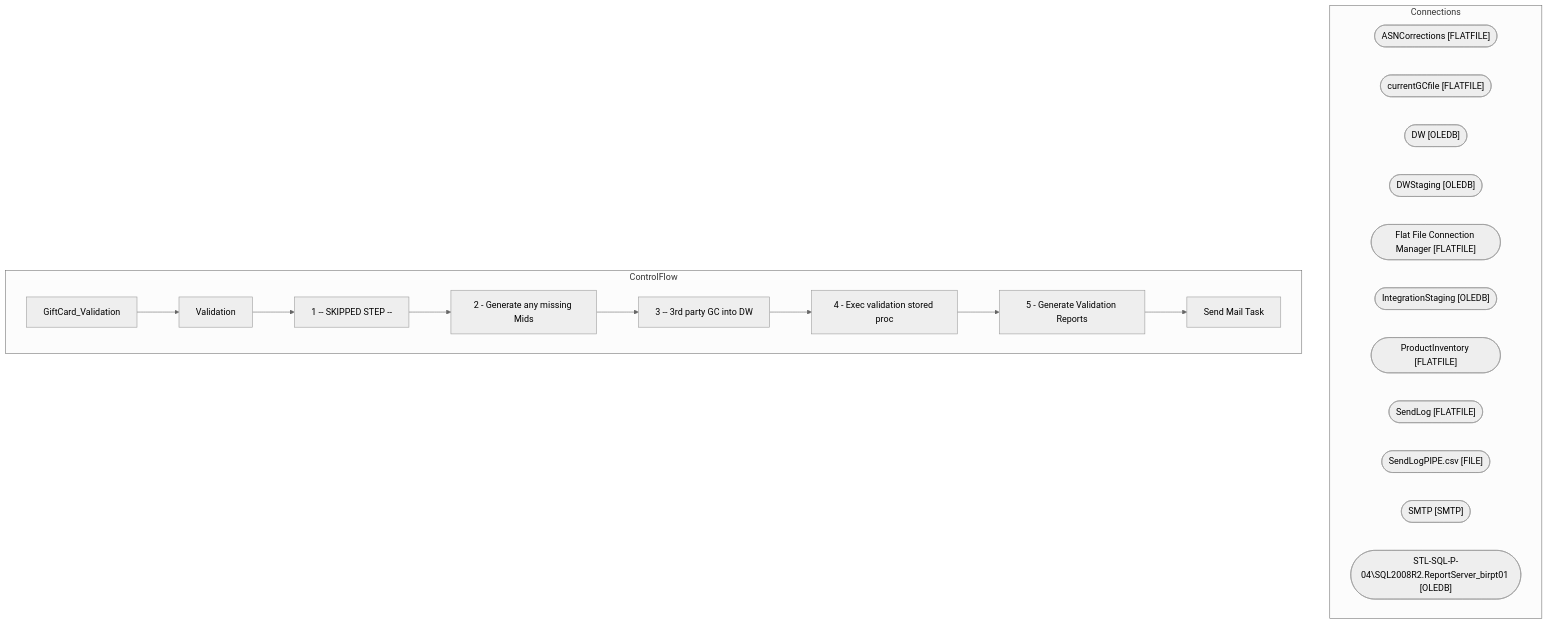
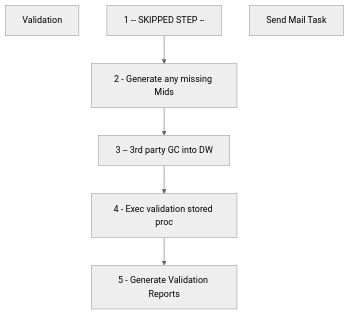
Before and after one commit to juanandresbrain/BABSkills: the diagram in bab-docs-explorer/Documentation/STL-SSIS-P-01/SSIS/DW/GiftCard_Validation.GiftCard_Validation.md, drawn with Mermaid (neutral theme). The commit also changed other lines of this file and 273 other files, not shown here.

````diff
--- a/bab-docs-explorer/Documentation/STL-SSIS-P-01/SSIS/DW/GiftCard_Validation.GiftCard_Validation.md
+++ b/bab-docs-explorer/Documentation/STL-SSIS-P-01/SSIS/DW/GiftCard_Validation.GiftCard_Validation.md
@@ -9,33 +50,14 @@
 ```mermaid
 flowchart TD
-    subgraph Connections
-        ASNCorrections_conn(["ASNCorrections [FLATFILE]"])
-        currentGCfile_conn(["currentGCfile [FLATFILE]"])
-        DW_conn(["DW [OLEDB]"])
-        DWStaging_conn(["DWStaging [OLEDB]"])
-        Flat_File_Connection_Manager_conn(["Flat File Connection Manager [FLATFILE]"])
-        IntegrationStaging_conn(["IntegrationStaging [OLEDB]"])
-        ProductInventory_conn(["ProductInventory [FLATFILE]"])
-        SendLog_conn(["SendLog [FLATFILE]"])
-        SendLogPIPE_csv_conn(["SendLogPIPE.csv [FILE]"])
-        SMTP_conn(["SMTP [SMTP]"])
-        STL_SQL_P_04_SQL2008R2_ReportServer_birpt01_conn(["STL-SQL-P-04\SQL2008R2.ReportServer_birpt01 [OLEDB]"])
-    end
-    subgraph ControlFlow
-        GiftCard_Validation_task["GiftCard_Validation"]
-        Validation_task["Validation"]
-        GiftCard_Validation_task --> Validation_task
-        1____SKIPPED_STEP____task["1 -- SKIPPED STEP --"]
-        Validation_task --> 1____SKIPPED_STEP____task
-        2___Generate_any_missing_Mids_task["2 - Generate any missing Mids"]
-        1____SKIPPED_STEP____task --> 2___Generate_any_missing_Mids_task
-        3____3rd_party_GC_into_DW_task["3 -- 3rd party GC into DW"]
-        2___Generate_any_missing_Mids_task --> 3____3rd_party_GC_into_DW_task
-        4___Exec_validation_stored_proc_task["4 - Exec validation stored proc"]
-        3____3rd_party_GC_into_DW_task --> 4___Exec_validation_stored_proc_task
-        5___Generate_Validation_Reports_task["5 - Generate Validation Reports"]
-        4___Exec_validation_stored_proc_task --> 5___Generate_Validation_Reports_task
-        Send_Mail_Task_task["Send Mail Task"]
-        5___Generate_Validation_Reports_task --> Send_Mail_Task_task
-    end
+    n_Package_Validation["Validation"]
+    n_Package_Validation_1____SKIPPED_STEP___["1 -- SKIPPED STEP --"]
+    n_Package_Validation_2___Generate_any_missing_Mids["2 - Generate any missing Mids"]
+    n_Package_Validation_3____3rd_party_GC_into_DW["3 -- 3rd party GC into DW"]
+    n_Package_Validation_4___Exec_validation_stored_proc["4 - Exec validation stored proc"]
+    n_Package_Validation_5___Generate_Validation_Reports["5 - Generate Validation Reports"]
+    n_Package_EventHandlers_OnError__Send_Mail_Task["Send Mail Task"]
+    n_Package_Validation_1____SKIPPED_STEP___ --> n_Package_Validation_2___Generate_any_missing_Mids
+    n_Package_Validation_2___Generate_any_missing_Mids --> n_Package_Validation_3____3rd_party_GC_into_DW
+    n_Package_Validation_3____3rd_party_GC_into_DW --> n_Package_Validation_4___Exec_validation_stored_proc
+    n_Package_Validation_4___Exec_validation_stored_proc --> n_Package_Validation_5___Generate_Validation_Reports
 ```
````
